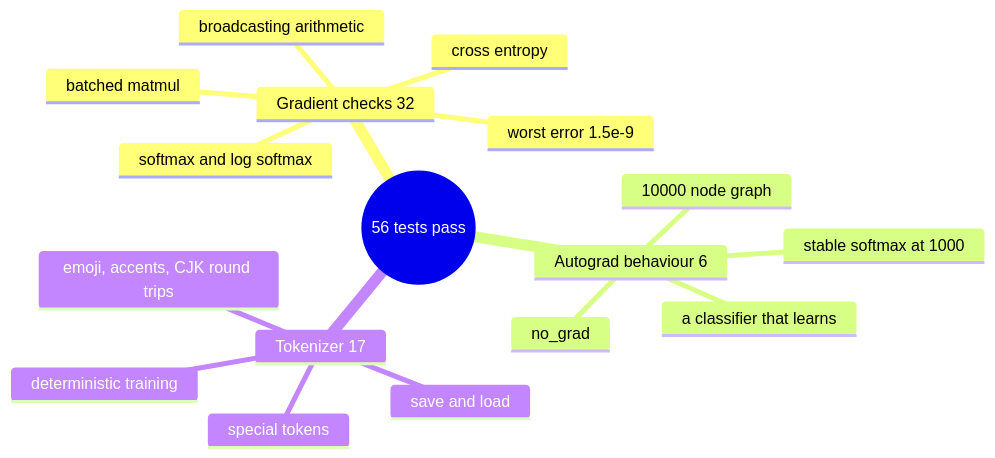
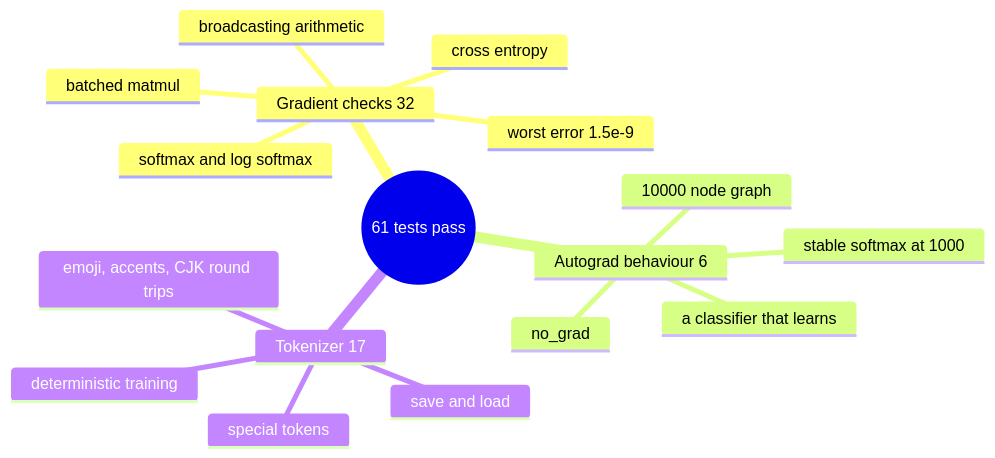
Before and after one commit to EquinoxWN/tiny-transformer-scratch: the second of 3 diagrams in README.md, drawn with Mermaid. The commit also changed other lines of this file and 3 other files, not shown here.

````diff
--- a/README.md
+++ b/README.md
@@ -97,20 +107,20 @@
 ```mermaid
 mindmap
-  root((56 tests pass))
+  root((61 tests pass))
     Gradient checks 32
       broadcasting arithmetic
       batched matmul
       softmax and log softmax
       cross entropy
       worst error 1.5e-9
     Autograd behaviour 6
       stable softmax at 1000
       no_grad
       10000 node graph
       a classifier that learns
     Tokenizer 17
       emoji, accents, CJK round trips
       deterministic training
       special tokens
       save and load
 ```
````
